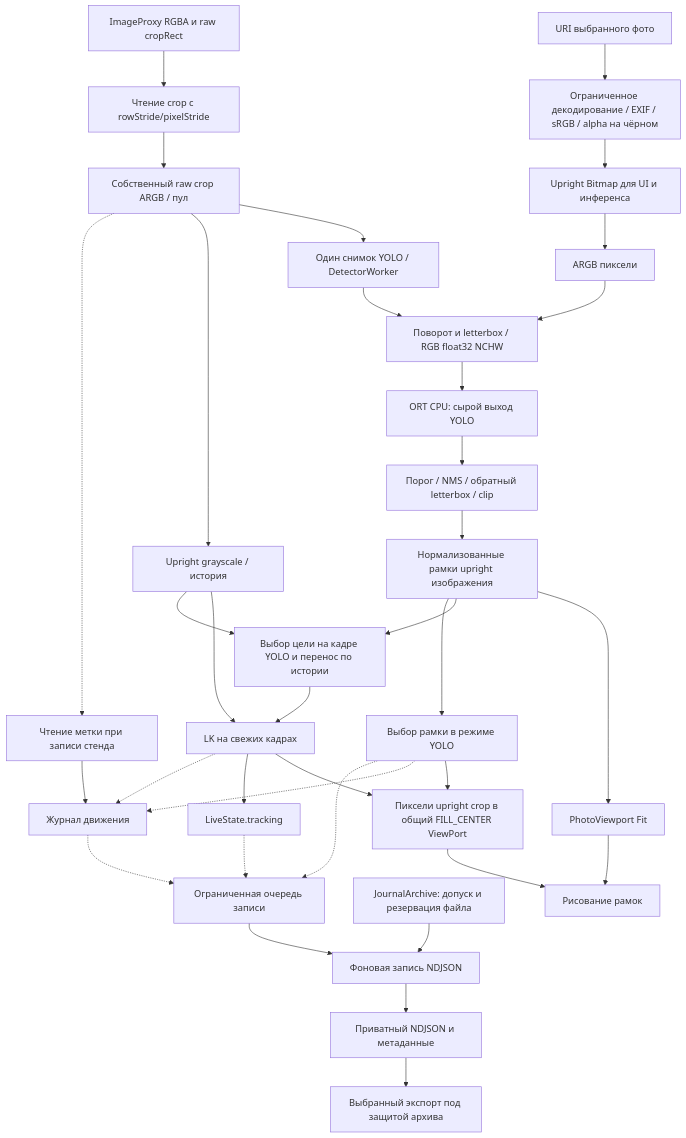
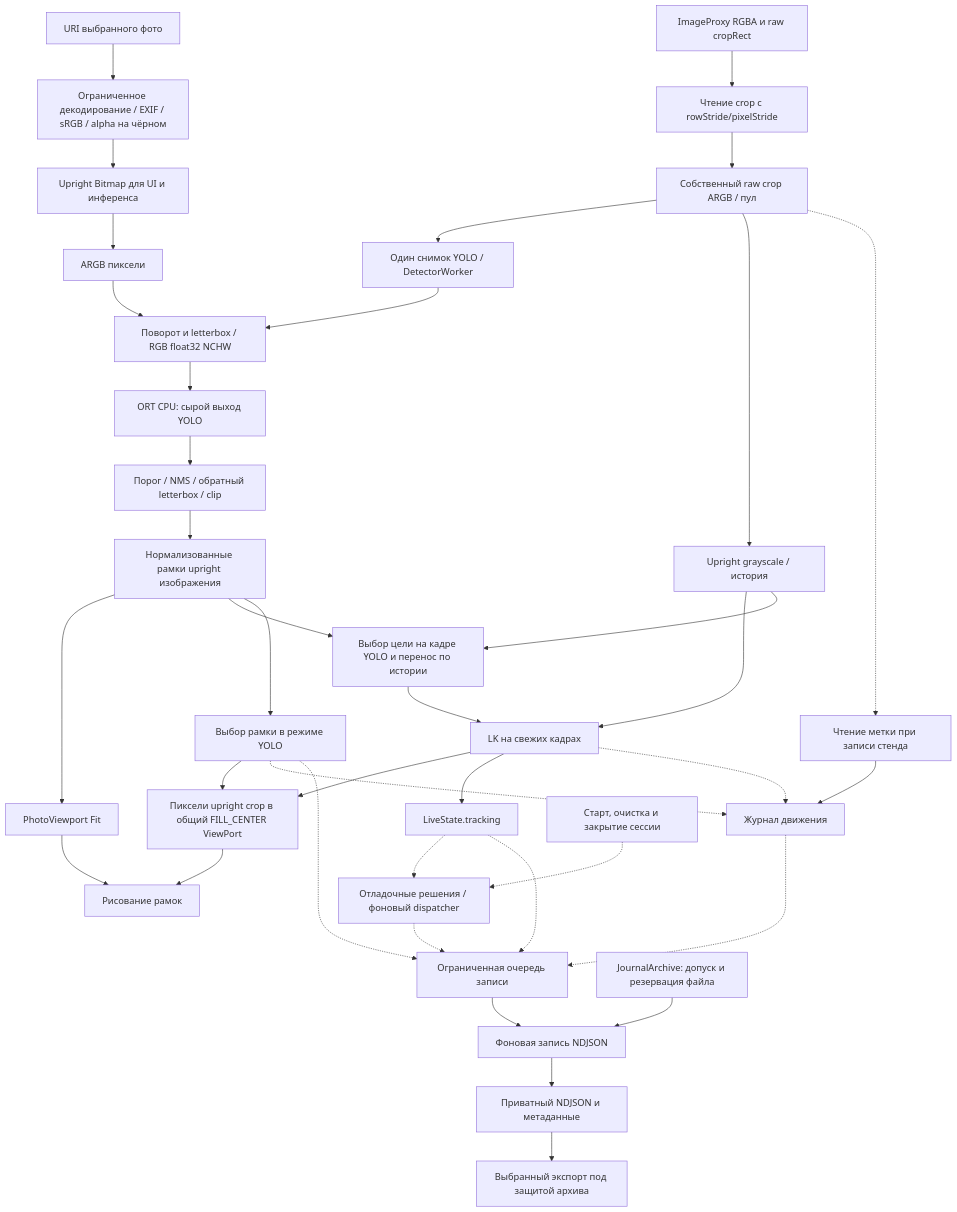
One commit to Kr1st10/drone-cv-android-prototype changed the diagram in docs/architecture/data-flow.md. Above: the diagram before and after it, drawn with Mermaid. The commit also changed other lines of this file and 20 other files, not shown here.

Commit message:
feat(camera): record centering dry run in diagnostics

````diff
--- a/docs/architecture/data-flow.md
+++ b/docs/architecture/data-flow.md
@@ -7,37 +7,40 @@
 ```mermaid
 flowchart TD
     P[URI выбранного фото] --> D[Ограниченное декодирование / EXIF / sRGB / alpha на чёрном]
     D --> B[Upright Bitmap для UI и инференса]
     B --> A[ARGB пиксели]
     C[ImageProxy RGBA и raw cropRect] --> R[Чтение crop с rowStride/pixelStride]
     R --> A2[Собственный raw crop ARGB / пул]
     A --> Pre[Поворот и letterbox / RGB float32 NCHW]
     A2 --> Queue[Один снимок YOLO / DetectorWorker]
     A2 --> Gray[Upright grayscale / история]
     Gray --> Track[LK на свежих кадрах]
     Queue --> Pre
     Pre --> ORT[ORT CPU: сырой выход YOLO]
     ORT --> Post[Порог / NMS / обратный letterbox / clip]
     Post --> Norm[Нормализованные рамки upright изображения]
     Norm --> Photo[PhotoViewport Fit]
     Norm --> Correct[Выбор цели на кадре YOLO и перенос по истории]
     Gray --> Correct
     Correct --> Track
     Track --> Camera[Пиксели upright crop в общий FILL_CENTER ViewPort]
     Track --> Signal[LiveState.tracking]
     Norm --> Baseline[Выбор рамки в режиме YOLO]
     Baseline --> Camera
     A2 -.-> Marker[Чтение метки при записи стенда]
     Marker --> MotionLog[Журнал движения]
     Track -.-> MotionLog
     Baseline -.-> MotionLog
-    Signal -.-> Timeline[Ограниченная очередь записи]
+    Signal -.-> DryRun[Отладочные решения / фоновый dispatcher]
+    Session[Старт, очистка и закрытие сессии] -.-> DryRun
+    DryRun -.-> Timeline[Ограниченная очередь записи]
+    Signal -.-> Timeline
     Baseline -.-> Timeline
     MotionLog -.-> Timeline
     Timeline --> Writer[Фоновая запись NDJSON]
     Archive[JournalArchive: допуск и резервация файла] --> Writer
     Writer --> Stored[Приватный NDJSON и метаданные]
     Stored --> Export[Выбранный экспорт под защитой архива]
     Photo --> Draw[Рисование рамок]
     Camera --> Draw
 ```
````
